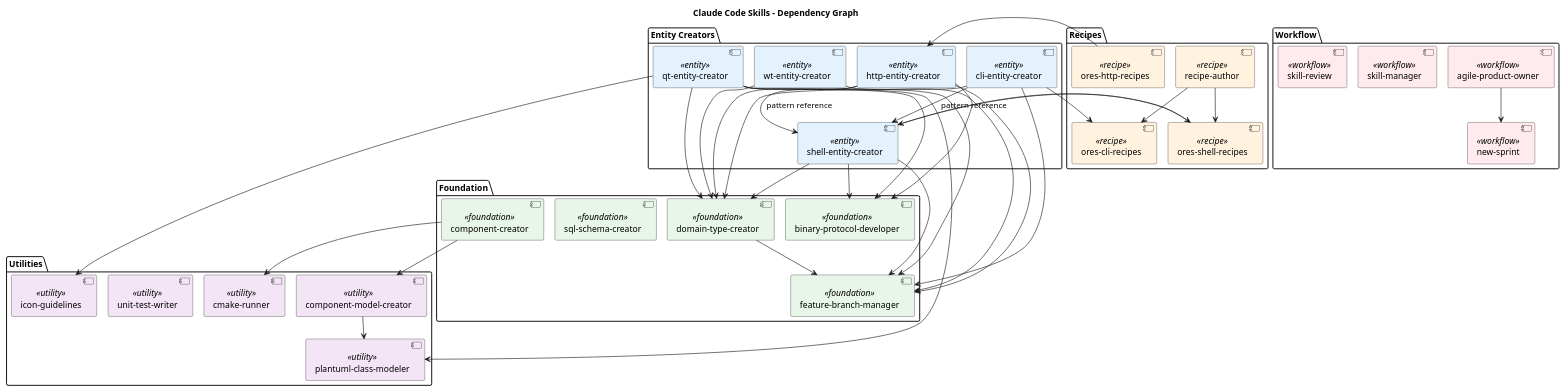
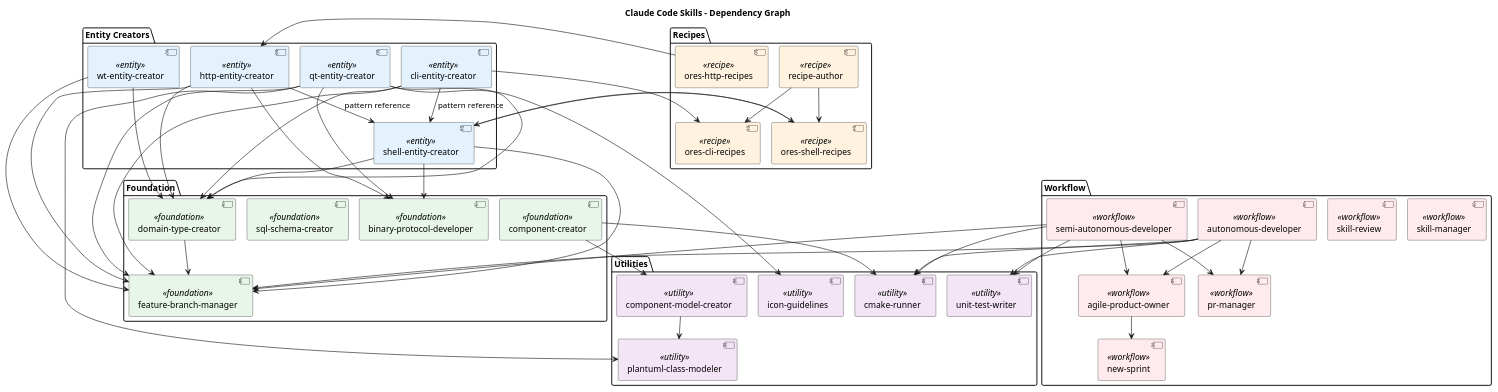
Before and after one commit to OreStudio/OreStudio: the diagram in doc/skills/modeling/skill_dependencies.puml, drawn with PlantUML. The commit also changed 5 other files, not shown here.

```diff
--- a/doc/skills/modeling/skill_dependencies.puml
+++ b/doc/skills/modeling/skill_dependencies.puml
@@ -17,124 +17,141 @@
 @startuml skill_dependencies
 !pragma layout smetana
 
 title Claude Code Skills - Dependency Graph
 
 ' Styling
 skinparam component {
     BackgroundColor<<foundation>> #E8F5E9
     BackgroundColor<<entity>> #E3F2FD
     BackgroundColor<<recipe>> #FFF3E0
     BackgroundColor<<utility>> #F3E5F5
     BackgroundColor<<workflow>> #FFEBEE
 }
 
 ' =============================================================================
 ' Foundation Skills
 ' Skills that provide core functionality used by many other skills
 ' =============================================================================
 package "Foundation" {
     [domain-type-creator] <<foundation>> as dtc
     [binary-protocol-developer] <<foundation>> as bpd
     [feature-branch-manager] <<foundation>> as fbm
     [sql-schema-creator] <<foundation>> as ssc
     [component-creator] <<foundation>> as cc
 }
 
 ' =============================================================================
 ' Entity Creator Skills
 ' Skills for creating entity support across different layers
 ' =============================================================================
 package "Entity Creators" {
     [qt-entity-creator] <<entity>> as qt
     [shell-entity-creator] <<entity>> as shell
     [http-entity-creator] <<entity>> as http
     [cli-entity-creator] <<entity>> as cli
     [wt-entity-creator] <<entity>> as wt
 }
 
 ' =============================================================================
 ' Recipe Skills
 ' Skills for maintaining executable documentation
 ' =============================================================================
 package "Recipes" {
     [recipe-author] <<recipe>> as ra
     [ores-shell-recipes] <<recipe>> as osr
     [ores-cli-recipes] <<recipe>> as ocr
     [ores-http-recipes] <<recipe>> as ohr
 }
 
 ' =============================================================================
 ' Utility Skills
 ' Supporting skills for specific tasks
 ' =============================================================================
 package "Utilities" {
     [icon-guidelines] <<utility>> as icon
     [plantuml-class-modeler] <<utility>> as puml
     [cmake-runner] <<utility>> as cmake
     [unit-test-writer] <<utility>> as utw
     [component-model-creator] <<utility>> as cmc
 }
 
 ' =============================================================================
 ' Workflow Skills
 ' Skills for development workflow and process
 ' =============================================================================
 package "Workflow" {
     [agile-product-owner] <<workflow>> as apo
     [new-sprint] <<workflow>> as ns
     [skill-manager] <<workflow>> as sm
     [skill-review] <<workflow>> as sr
+    [pr-manager] <<workflow>> as prm
+    [autonomous-developer] <<workflow>> as ad
+    [semi-autonomous-developer] <<workflow>> as sad
 }
 
 ' =============================================================================
 ' Dependencies
 ' Arrows show "references" relationship (A --> B means A references B)
 ' =============================================================================
 
 ' Foundation internal
 dtc --> fbm
 cc --> cmc
 cc --> cmake
 
 ' Qt entity creator dependencies
 qt --> dtc
 qt --> bpd
 qt --> fbm
 qt --> icon
 qt --> puml
 
 ' Shell entity creator dependencies
 shell --> dtc
 shell --> bpd
 shell --> fbm
 shell --> osr
 
 ' HTTP entity creator dependencies
 http --> dtc
 http --> bpd
 http --> fbm
 http --> shell : "pattern reference"
 
 ' CLI entity creator dependencies
 cli --> dtc
 cli --> fbm
 cli --> ocr
 cli --> shell : "pattern reference"
 
 ' Wt entity creator dependencies
 wt --> dtc
 wt --> fbm
 
 ' Recipe skill dependencies
 ra --> osr
 ra --> ocr
 osr --> shell
 ohr --> http
 
 ' Workflow dependencies
 apo --> ns
 
+' Autonomous developer dependencies
+ad --> apo
+ad --> prm
+ad --> fbm
+ad --> cmake
+ad --> utw
+
+' Semi-autonomous developer dependencies
+sad --> apo
+sad --> prm
+sad --> fbm
+sad --> cmake
+sad --> utw
+
 ' Utility dependencies
 cmc --> puml
 
 @enduml
```
